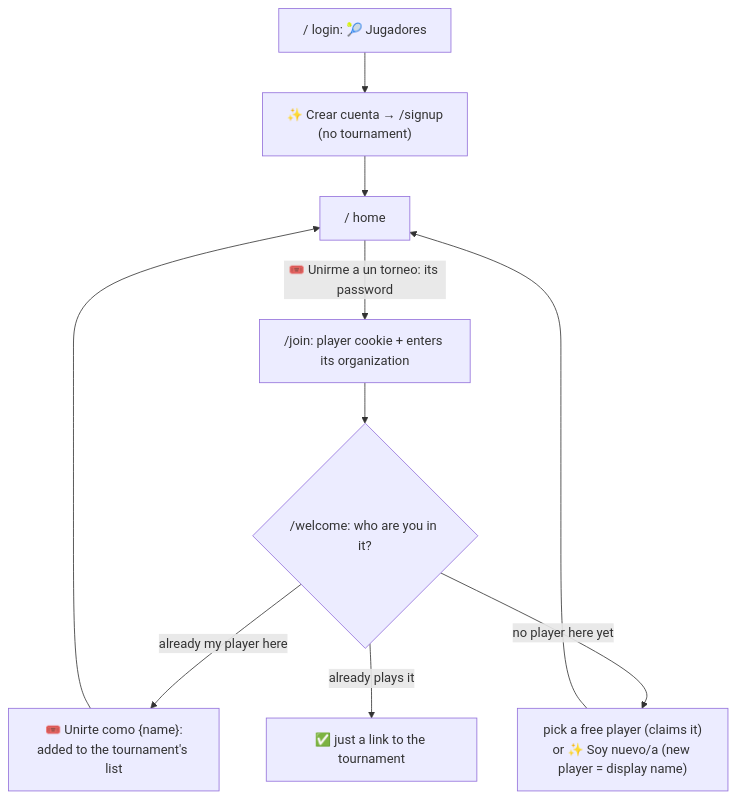
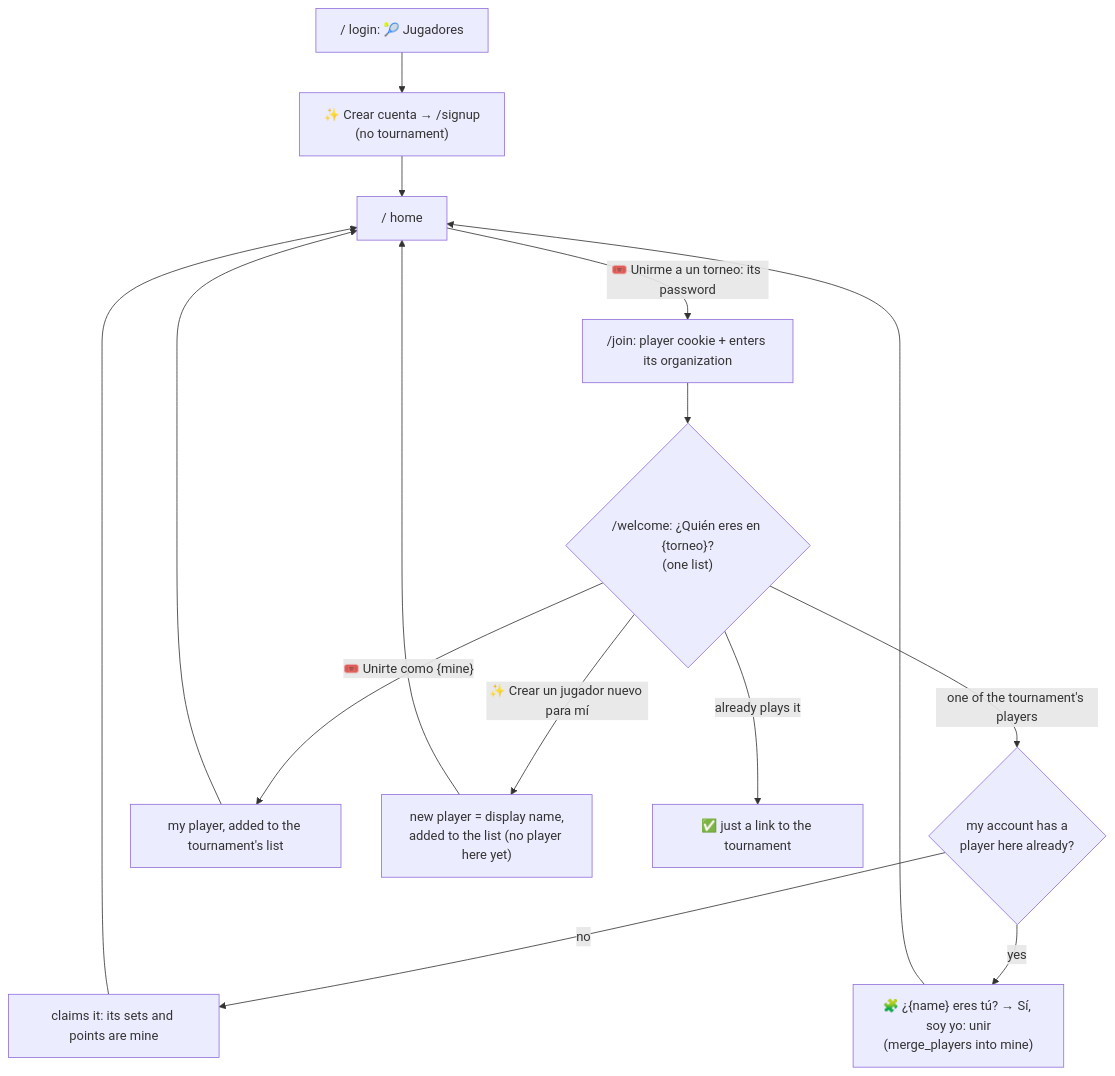
The fourth of 5 diagrams in docs/processes/USERS.md (Sorrycion/PadelScore), drawn with Mermaid before and after one commit. The commit also changed other lines of this file and 6 other files, not shown here.

First line of the commit message:
Joining a tournament: pick an existing player or join as me, in one list

````diff
--- a/docs/processes/USERS.md
+++ b/docs/processes/USERS.md
@@ -89,12 +89,17 @@
 ```mermaid
 flowchart TD
     L["/ login: 🎾 Jugadores"] --> S["✨ Crear cuenta → /signup<br/>(no tournament)"]
     S --> H["/ home"]
     H -- "🎟️ Unirme a un torneo: its password" --> J["/join: player cookie + enters its organization"]
-    J --> W{"/welcome: who are you in it?"}
-    W -- "already my player here" --> A["🎟️ Unirte como {name}:<br/>added to the tournament's list"]
-    W -- "no player here yet" --> F["pick a free player (claims it)<br/>or ✨ Soy nuevo/a (new player = display name)"]
+    J --> W{"/welcome: ¿Quién eres en {torneo}?<br/>(one list)"}
+    W -- "one of the tournament's players" --> E{"my account has a<br/>player here already?"}
+    E -- no --> C["claims it: its sets and points are mine"]
+    E -- yes --> K["🧩 ¿{name} eres tú? → Sí, soy yo: unir<br/>(merge_players into mine)"]
+    W -- "🎟️ Unirte como {mine}" --> A["my player, added to the tournament's list"]
+    W -- "✨ Crear un jugador nuevo para mí" --> N["new player = display name,<br/>added to the list (no player here yet)"]
     W -- "already plays it" --> T["✅ just a link to the tournament"]
+    C --> H
+    K --> H
     A --> H
-    F --> H
+    N --> H
 ```
````
